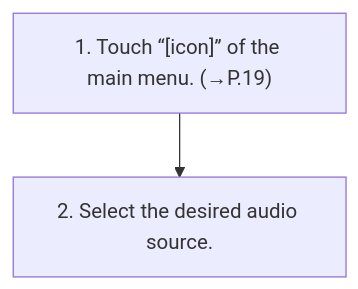
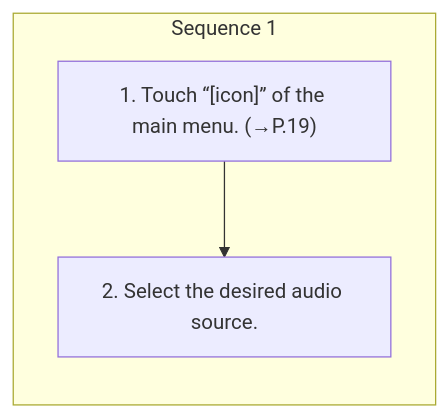
Before and after one commit to Chieko-Y/my-spec-generator: the diagram in workspace/subaru/outback-2026/ivi/published/audio/1-selecting-an-audio-source.md, drawn with Mermaid. The commit also changed other lines of this file and 268 other files, not shown here.

````diff
--- a/workspace/subaru/outback-2026/ivi/published/audio/1-selecting-an-audio-source.md
+++ b/workspace/subaru/outback-2026/ivi/published/audio/1-selecting-an-audio-source.md
@@ -7,6 +7,9 @@
 ```mermaid
 flowchart TD
-    S1["1. Touch “[icon]” of the main menu. (→P.19)"]
-    S2["2. Select the desired audio source."]
-    S1 --> S2
+    subgraph SEQ1["Sequence 1"]
+    direction TB
+    S1_1["1. Touch “[icon]” of the main menu. (→P.19)"]
+    S1_2["2. Select the desired audio source."]
+    S1_1 --> S1_2
+    end
 ```
````
